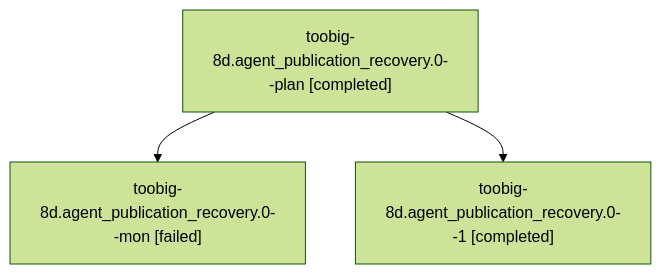
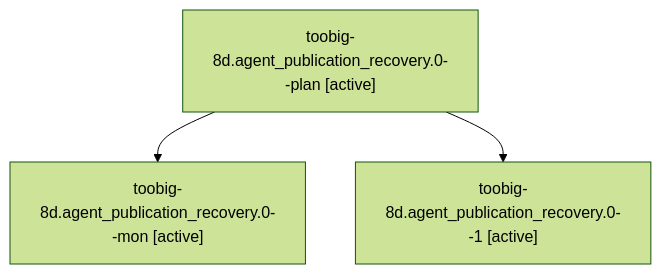
One commit to sase-org/sase--agents changed the diagram in sessions/bbugyi200.athena.toobig-8d.agent_publication_recovery.0.md. Above: the diagram before and after it, drawn with Mermaid (forest theme). The commit also changed other lines of this file and 19 other files, not shown here.

````diff
--- a/sessions/bbugyi200.athena.toobig-8d.agent_publication_recovery.0.md
+++ b/sessions/bbugyi200.athena.toobig-8d.agent_publication_recovery.0.md
@@ -9,8 +9,8 @@
 ```mermaid
 flowchart TD
-  n0["toobig-8d.agent_publication_recovery.0--plan [completed]"]
-  n1["toobig-8d.agent_publication_recovery.0--mon [failed]"]
+  n0["toobig-8d.agent_publication_recovery.0--plan [active]"]
+  n1["toobig-8d.agent_publication_recovery.0--mon [active]"]
   n0 --> n1
-  n2["toobig-8d.agent_publication_recovery.0--1 [completed]"]
+  n2["toobig-8d.agent_publication_recovery.0--1 [active]"]
   n0 --> n2
 ```
````
